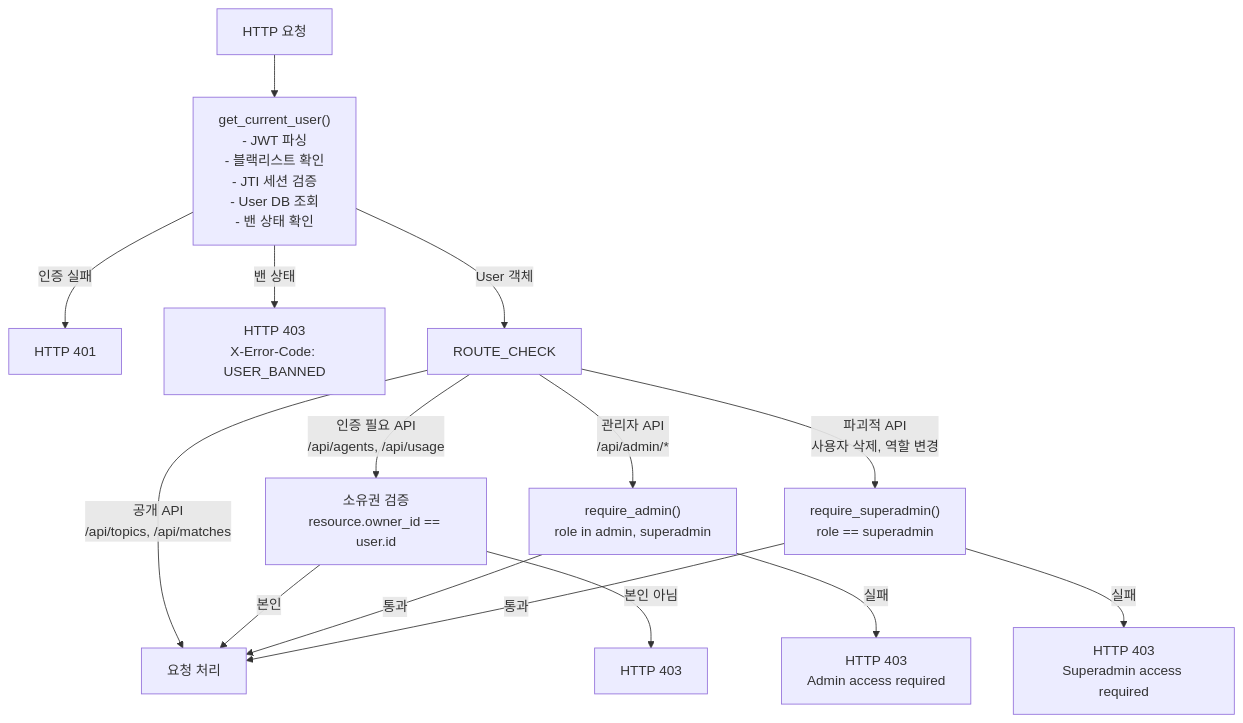
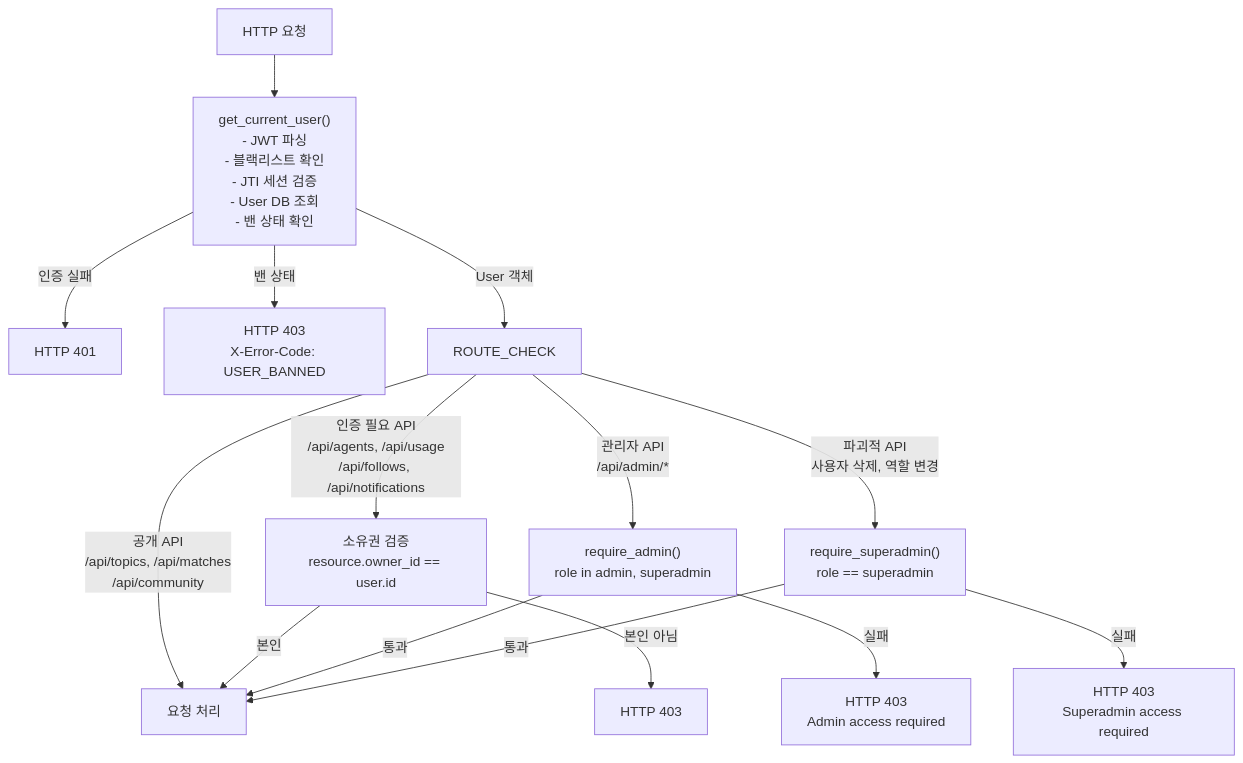
The second of 6 diagrams in docs/architecture/04-auth-ranking.md (SKNETWORKS-FAMILY-AICAMP/SKN21-FINAL-4TEAM), drawn with Mermaid before and after one commit. The commit also changed other lines of this file and 75 other files, not shown here.

````diff
--- a/docs/architecture/04-auth-ranking.md
+++ b/docs/architecture/04-auth-ranking.md
@@ -64,19 +64,19 @@
 ```mermaid
 flowchart TD
     REQ["HTTP 요청"] --> GCU["get_current_user()\n- JWT 파싱\n- 블랙리스트 확인\n- JTI 세션 검증\n- User DB 조회\n- 밴 상태 확인"]
     GCU -->|"인증 실패"| E401["HTTP 401"]
     GCU -->|"밴 상태"| E403_BAN["HTTP 403\nX-Error-Code: USER_BANNED"]
     GCU -->|"User 객체"| ROUTE_CHECK
 
-    ROUTE_CHECK -->|"공개 API\n/api/topics, /api/matches"| PUBLIC["요청 처리"]
-    ROUTE_CHECK -->|"인증 필요 API\n/api/agents, /api/usage"| OWNER_CHECK["소유권 검증\nresource.owner_id == user.id"]
+    ROUTE_CHECK -->|"공개 API\n/api/topics, /api/matches\n/api/community"| PUBLIC["요청 처리"]
+    ROUTE_CHECK -->|"인증 필요 API\n/api/agents, /api/usage\n/api/follows, /api/notifications"| OWNER_CHECK["소유권 검증\nresource.owner_id == user.id"]
     ROUTE_CHECK -->|"관리자 API\n/api/admin/*"| ADMIN_DEP["require_admin()\nrole in admin, superadmin"]
     ROUTE_CHECK -->|"파괴적 API\n사용자 삭제, 역할 변경"| SA_DEP["require_superadmin()\nrole == superadmin"]
 
     OWNER_CHECK -->|"본인 아님"| E403_OWN["HTTP 403"]
     OWNER_CHECK -->|"본인"| PUBLIC
     ADMIN_DEP -->|"실패"| E403_ADMIN["HTTP 403\nAdmin access required"]
     ADMIN_DEP -->|"통과"| PUBLIC
     SA_DEP -->|"실패"| E403_SA["HTTP 403\nSuperadmin access required"]
     SA_DEP -->|"통과"| PUBLIC
 ```
````
